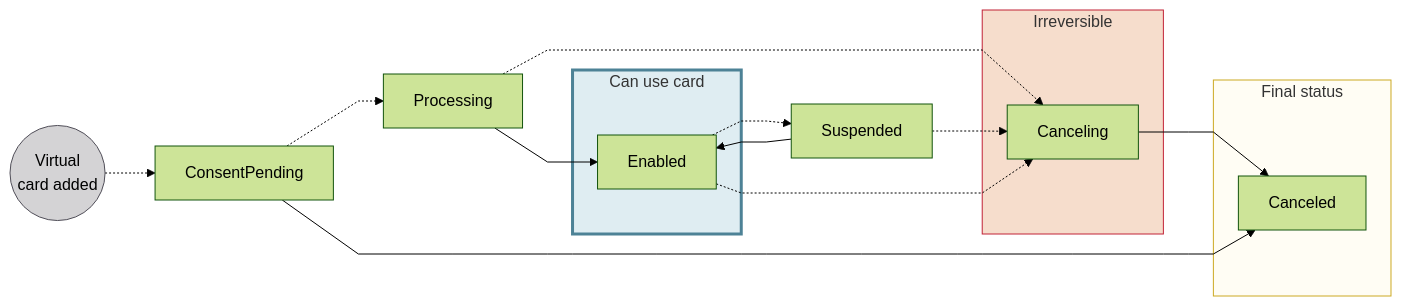
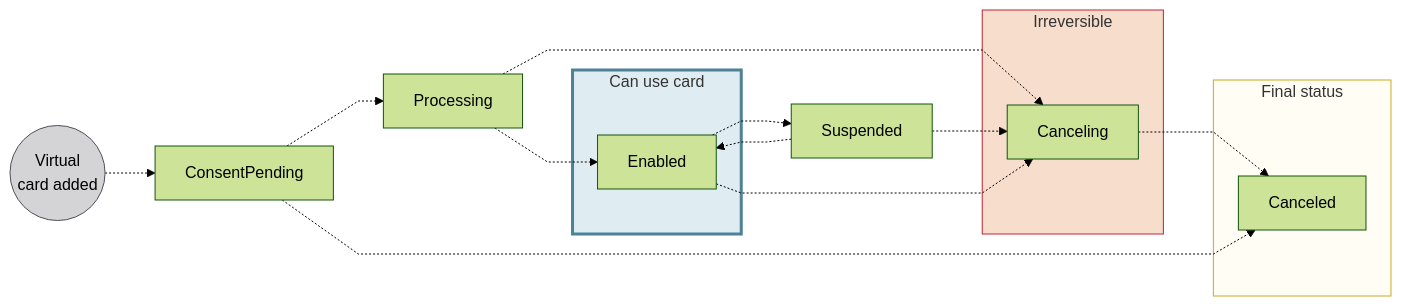
The diagram in docs/topics/cards/virtual/index.mdx (swan-io/docs), drawn with Mermaid (forest theme) before and after one commit. The commit also changed 81 other files, not shown here.

````diff
--- a/docs/topics/cards/virtual/index.mdx
+++ b/docs/topics/cards/virtual/index.mdx
@@ -67,27 +67,27 @@
 ```mermaid
 %%{ init: { 'flowchart': { 'curve': 'linear' } } }%%
 flowchart LR
     VA((Virtual<br/>card added)) -.-> CP[ConsentPending]
     CP -.-> P[Processing]
-    P --> E[Enabled]
+    P -.-> E[Enabled]
     E -.-> S[Suspended]
-    S --> E
+    S -.-> E
     P -.-> CL
     S -.-> CL
     E -.-> CL[Canceling]
-    CL --> CD[Canceled]
-    CP --> CD
+    CL -.-> CD[Canceled]
+    CP -.-> CD
     subgraph U[Can use card]
         E
     end
     subgraph IR[Irreversible]
         CL
     end
     subgraph F[Final status]
         CD
     end
     style VA fill:#D4D3D5,stroke:#514F59
     style F fill:#fffdf4,stroke:#cca922
     style IR fill:#f6ddcc,stroke:#c12236
     style U fill:#dfedf2,stroke:#4d8296,stroke-width:3px
 ```
````
